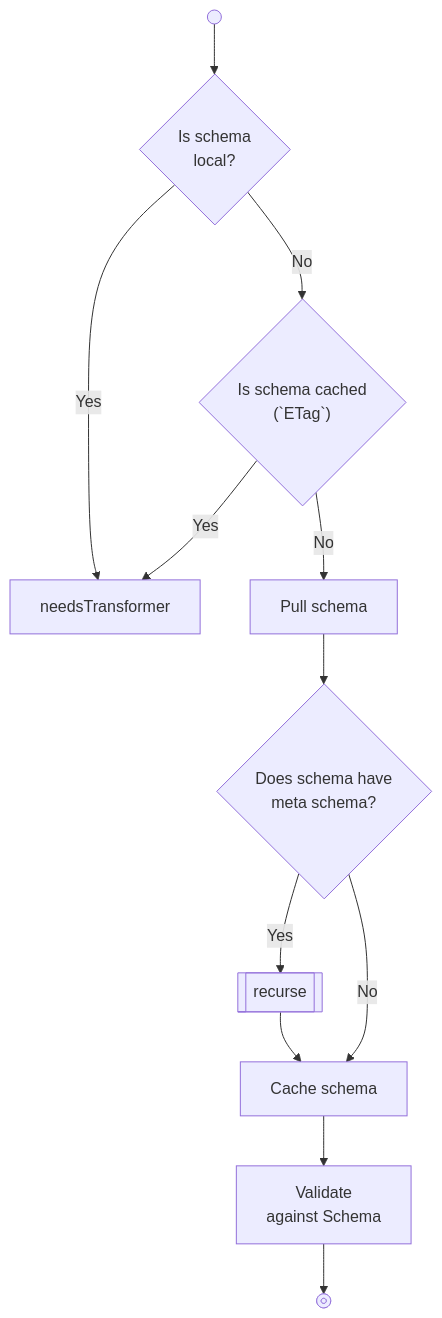
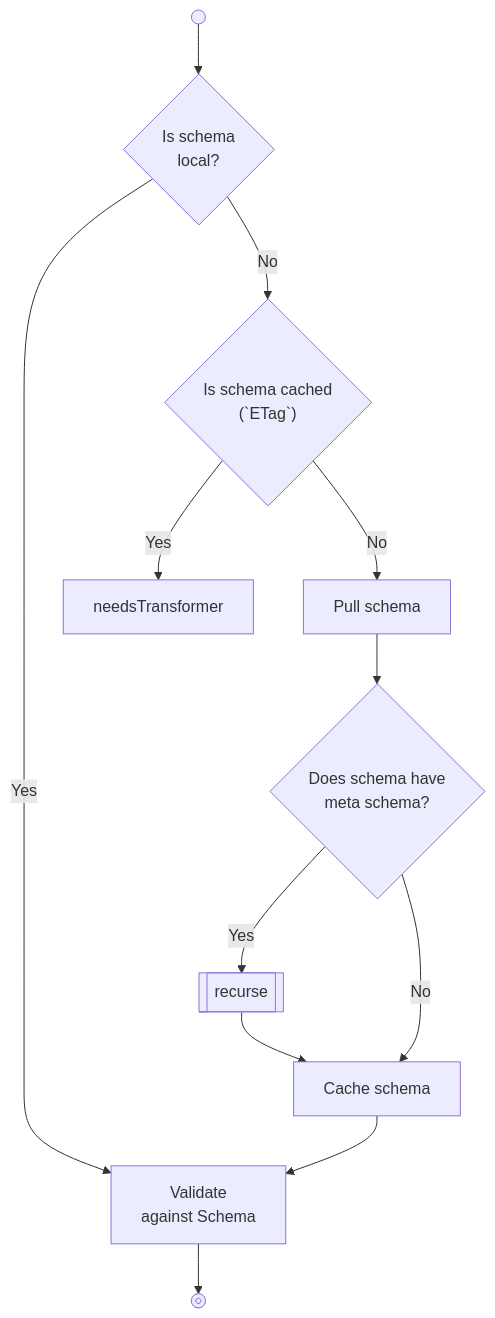
The diagram in docs/design/schema-engine/validation.md (zitadel/nextgen), drawn with Mermaid before and after one commit.

````diff
--- a/docs/design/schema-engine/validation.md
+++ b/docs/design/schema-engine/validation.md
@@ -5,24 +5,25 @@
 ```mermaid
 flowchart TD
     isSchemaLocal@{             shape: decision,   label: "Is schema\nlocal?" }
     isSchemaCached@{            shape: decision,   label: "Is schema cached\n(`ETag`)" }
     pullSchema@{                shape: process,    label: "Pull schema" }    
     cacheSchema@{               shape: process,    label: "Cache schema" }
     doesSchemaHaveMetaSchema@{  shape: decision,   label: "Does schema have\nmeta schema?" }
     recurse@{                   shape: subprocess, label: "recurse"}
     validateObject@{            shape: process,    label: "Validate\nagainst Schema" }
     ok@{                        shape: stop }
 
     start@{shape: start} --> isSchemaLocal
 
-    isSchemaLocal -- Yes --> needsTransformer
+    isSchemaLocal -- Yes --> validateObject
     isSchemaLocal -- No  --> isSchemaCached
 
     isSchemaCached -- Yes --> needsTransformer
     isSchemaCached -- No  --> pullSchema --> doesSchemaHaveMetaSchema
     
     doesSchemaHaveMetaSchema -- Yes --> recurse --> cacheSchema
-    doesSchemaHaveMetaSchema -- No --> cacheSchema
+    doesSchemaHaveMetaSchema -- No --> cacheSchema 
 
-    cacheSchema --> validateObject --> ok
+    cacheSchema --> validateObject
+    validateObject --> ok
 ```
````
